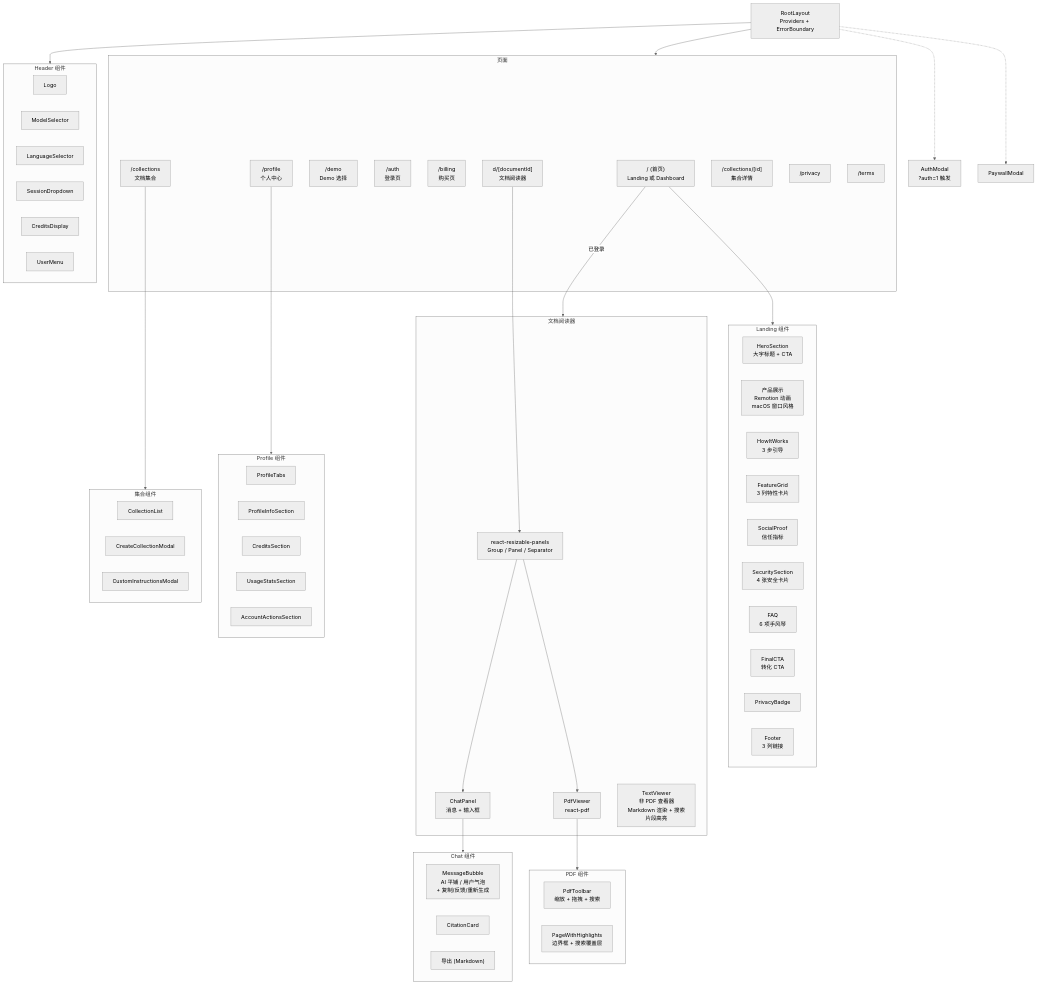
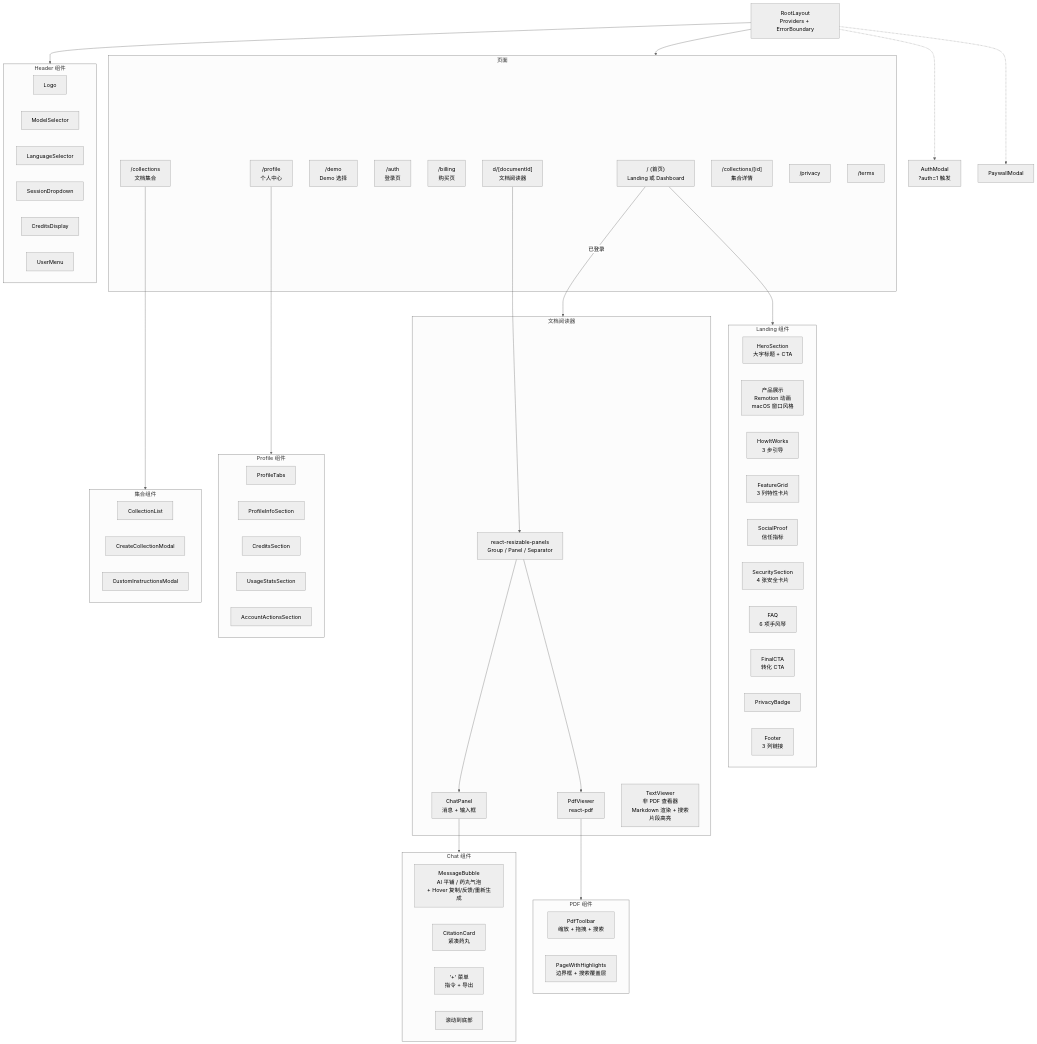
Before and after one commit to Rswcf/DocTalk: the seventh of 8 diagrams in docs/ARCHITECTURE.zh.md, drawn with Mermaid (neutral theme). The commit also changed other lines of this file and 21 other files, not shown here.

```diff
--- a/docs/ARCHITECTURE.zh.md
+++ b/docs/ARCHITECTURE.zh.md
@@ -532,9 +532,10 @@
     end
 
     subgraph ChatComp["Chat 组件"]
-        MsgBubble["MessageBubble<br/>AI 平铺 / 用户气泡<br/>+ 复制/反馈/重新生成"]
-        CitCard["CitationCard"]
-        Export["导出 (Markdown)"]
+        MsgBubble["MessageBubble<br/>AI 平铺 / 药丸气泡<br/>+ Hover 复制/反馈/重新生成"]
+        CitCard["CitationCard<br/>紧凑药丸"]
+        PlusMenu["'+' 菜单<br/>指令 + 导出"]
+        ScrollBtn["滚动到底部"]
     end
 
     subgraph PdfComp["PDF 组件"]
```
